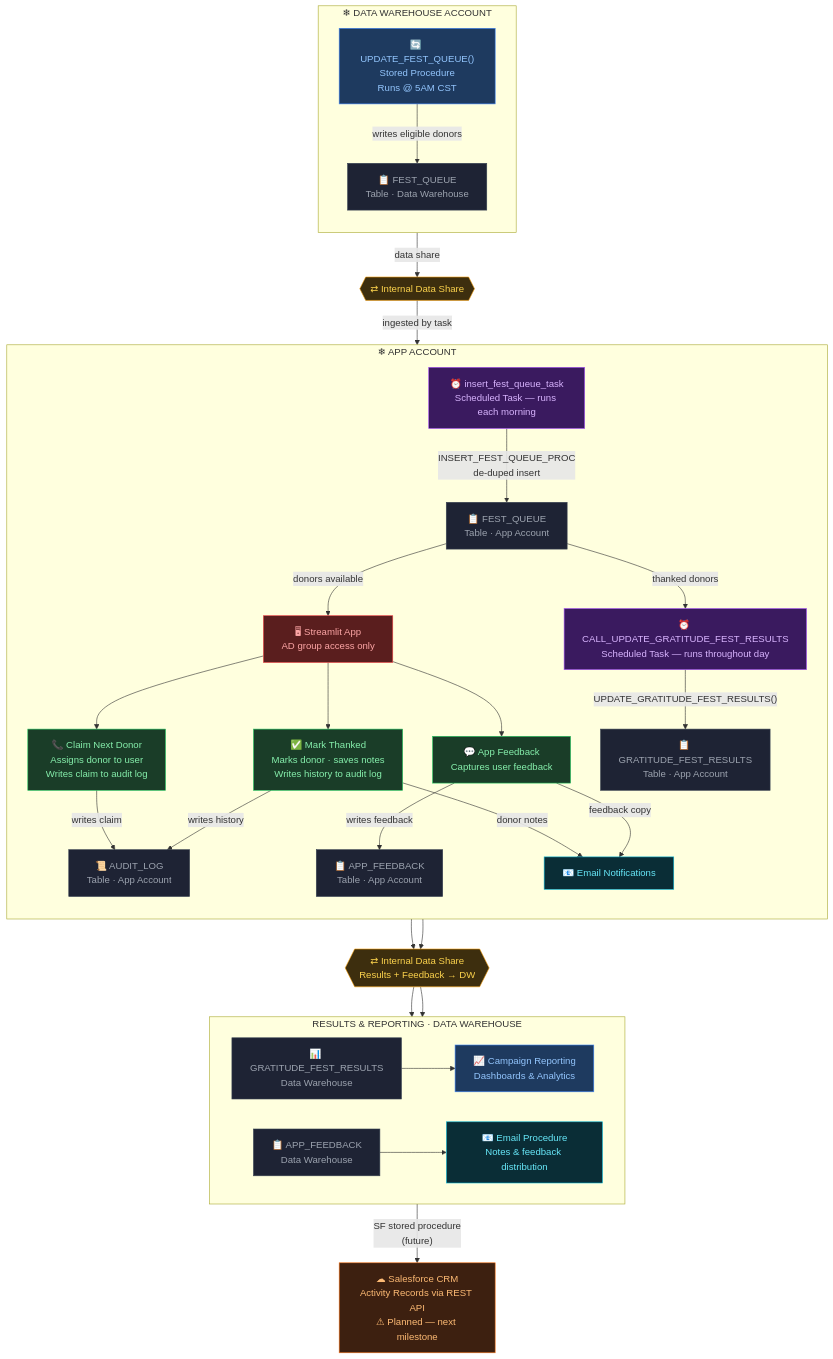
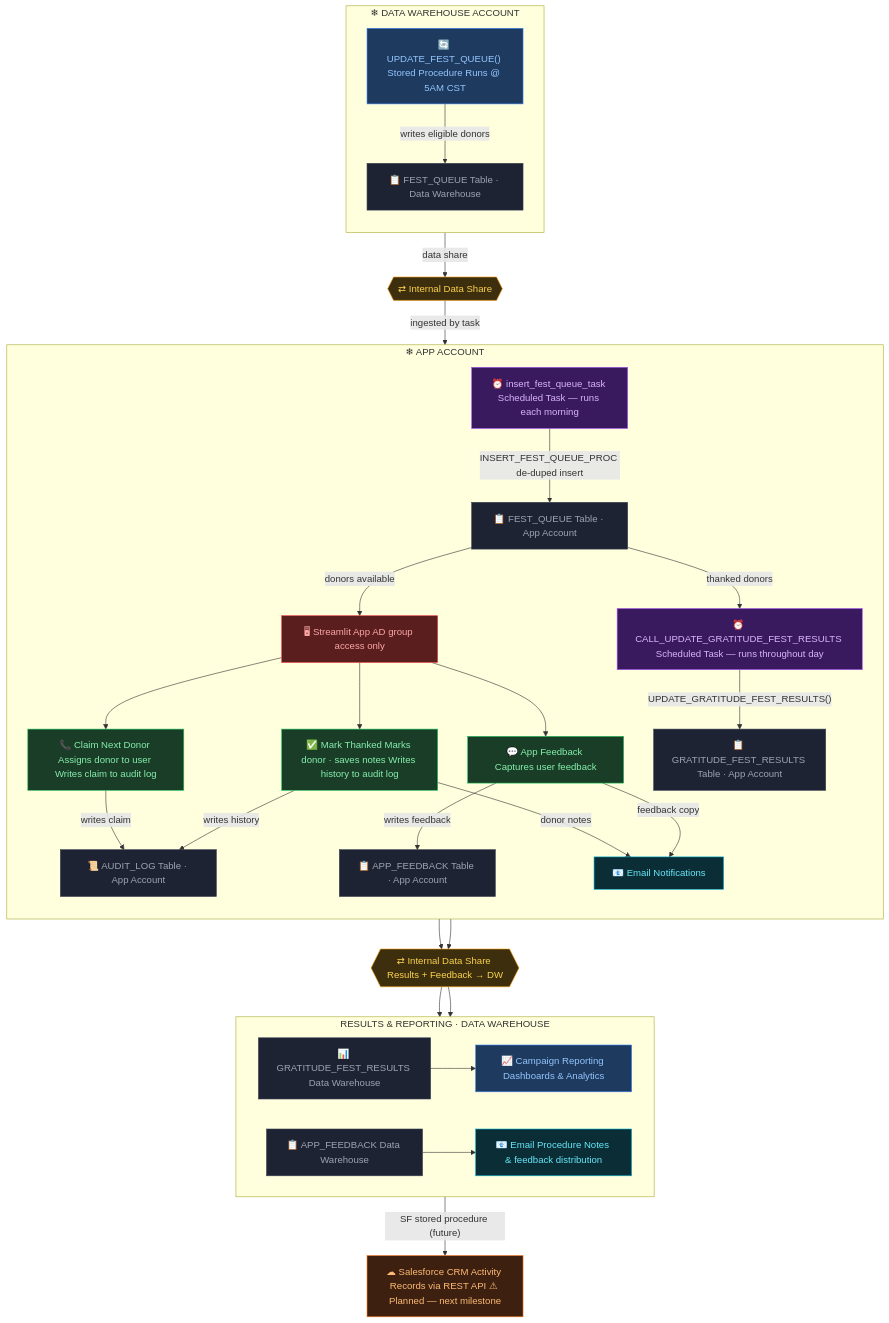
The diagram in README.md (chrismack698/Gratitude-Fest), drawn with Mermaid before and after one commit.

````diff
--- a/README.md
+++ b/README.md
@@ -15,73 +15,73 @@
 ```mermaid
 flowchart TD
     classDef dw     fill:#1e3a5f,stroke:#3B82F6,color:#93c5fd
     classDef app    fill:#5a1e1e,stroke:#EF4444,color:#fca5a5
     classDef proc   fill:#1a3d28,stroke:#22C55E,color:#86efac
     classDef task   fill:#3a1a5f,stroke:#A855F7,color:#d8b4fe
     classDef share  fill:#3d2e0e,stroke:#F59E0B,color:#fcd34d
     classDef email  fill:#0a2d36,stroke:#06B6D4,color:#67e8f9
     classDef sf     fill:#3d2010,stroke:#F97316,color:#fdba74
     classDef table  fill:#1e2334,stroke:#374151,color:#9ca3af
 
     subgraph DW ["❄  DATA WAREHOUSE ACCOUNT"]
         direction TB
-        P1["🔄 UPDATE_FEST_QUEUE()\nStored Procedure\nRuns @ 5AM CST"]:::dw
-        DWT["📋 FEST_QUEUE\nTable · Data Warehouse"]:::table
+        P1["🔄 UPDATE_FEST_QUEUE() Stored Procedure Runs @ 5AM CST"]:::dw
+        DWT["📋 FEST_QUEUE Table · Data Warehouse"]:::table
         P1 -->|"writes eligible donors"| DWT
     end
 
     DS1{{"⇄ Internal Data Share"}}:::share
 
     subgraph APP ["❄  APP ACCOUNT"]
         direction TB
-        T1["⏰ insert_fest_queue_task\nScheduled Task — runs each morning"]:::task
-        APT["📋 FEST_QUEUE\nTable · App Account"]:::table
-        T1 -->|"INSERT_FEST_QUEUE_PROC\nde-duped insert"| APT
+        T1["⏰ insert_fest_queue_task Scheduled Task — runs each morning"]:::task
+        APT["📋 FEST_QUEUE Table · App Account"]:::table
+        T1 -->|"INSERT_FEST_QUEUE_PROC de-duped insert"| APT
 
-        STR["🖥 Streamlit App\nAD group access only"]:::app
+        STR["🖥 Streamlit App AD group access only"]:::app
         APT -->|"donors available"| STR
 
-        STR --> C1["📞 Claim Next Donor\nAssigns donor to user\nWrites claim to audit log"]:::proc
-        STR --> C2["✅ Mark Thanked\nMarks donor · saves notes\nWrites history to audit log"]:::proc
-        STR --> C3["💬 App Feedback\nCaptures user feedback"]:::proc
+        STR --> C1["📞 Claim Next Donor Assigns donor to user Writes claim to audit log"]:::proc
+        STR --> C2["✅ Mark Thanked Marks donor · saves notes Writes history to audit log"]:::proc
+        STR --> C3["💬 App Feedback Captures user feedback"]:::proc
 
-        AL["📜 AUDIT_LOG\nTable · App Account"]:::table
+        AL["📜 AUDIT_LOG Table · App Account"]:::table
         C1 -->|"writes claim"| AL
         C2 -->|"writes history"| AL
 
-        FB["📋 APP_FEEDBACK\nTable · App Account"]:::table
+        FB["📋 APP_FEEDBACK Table · App Account"]:::table
         C3 -->|"writes feedback"| FB
 
         EM["📧 Email Notifications"]:::email
         C2 -->|"donor notes"| EM
         C3 -->|"feedback copy"| EM
 
-        T2["⏰ CALL_UPDATE_GRATITUDE_FEST_RESULTS\nScheduled Task — runs throughout day"]:::task
+        T2["⏰ CALL_UPDATE_GRATITUDE_FEST_RESULTS Scheduled Task — runs throughout day"]:::task
         APT -->|"thanked donors"| T2
         T2 -->|"UPDATE_GRATITUDE_FEST_RESULTS()"| RES
 
-        RES["📋 GRATITUDE_FEST_RESULTS\nTable · App Account"]:::table
+        RES["📋 GRATITUDE_FEST_RESULTS Table · App Account"]:::table
     end
 
-    DS2{{"⇄ Internal Data Share\nResults + Feedback → DW"}}:::share
+    DS2{{"⇄ Internal Data Share Results + Feedback → DW"}}:::share
 
     subgraph REPORT ["  RESULTS & REPORTING · DATA WAREHOUSE"]
         direction LR
-        DWR["📊 GRATITUDE_FEST_RESULTS\nData Warehouse"]:::table
-        DWF["📋 APP_FEEDBACK\nData Warehouse"]:::table
-        RPT["📈 Campaign Reporting\nDashboards & Analytics"]:::dw
-        EP["📧 Email Procedure\nNotes & feedback distribution"]:::email
+        DWR["📊 GRATITUDE_FEST_RESULTS Data Warehouse"]:::table
+        DWF["📋 APP_FEEDBACK Data Warehouse"]:::table
+        RPT["📈 Campaign Reporting Dashboards & Analytics"]:::dw
+        EP["📧 Email Procedure Notes & feedback distribution"]:::email
         DWR --> RPT
         DWF --> EP
     end
 
-    SF["☁ Salesforce CRM\nActivity Records via REST API\n⚠ Planned — next milestone"]:::sf
+    SF["☁ Salesforce CRM Activity Records via REST API ⚠ Planned — next milestone"]:::sf
 
     DWT -->|"data share"| DS1
     DS1 -->|"ingested by task"| T1
     RES --> DS2
     FB  --> DS2
     DS2 --> DWR
     DS2 --> DWF
-    RPT -->|"SF stored procedure\n(future)"| SF
+    RPT -->|"SF stored procedure (future)"| SF
 ```
````
